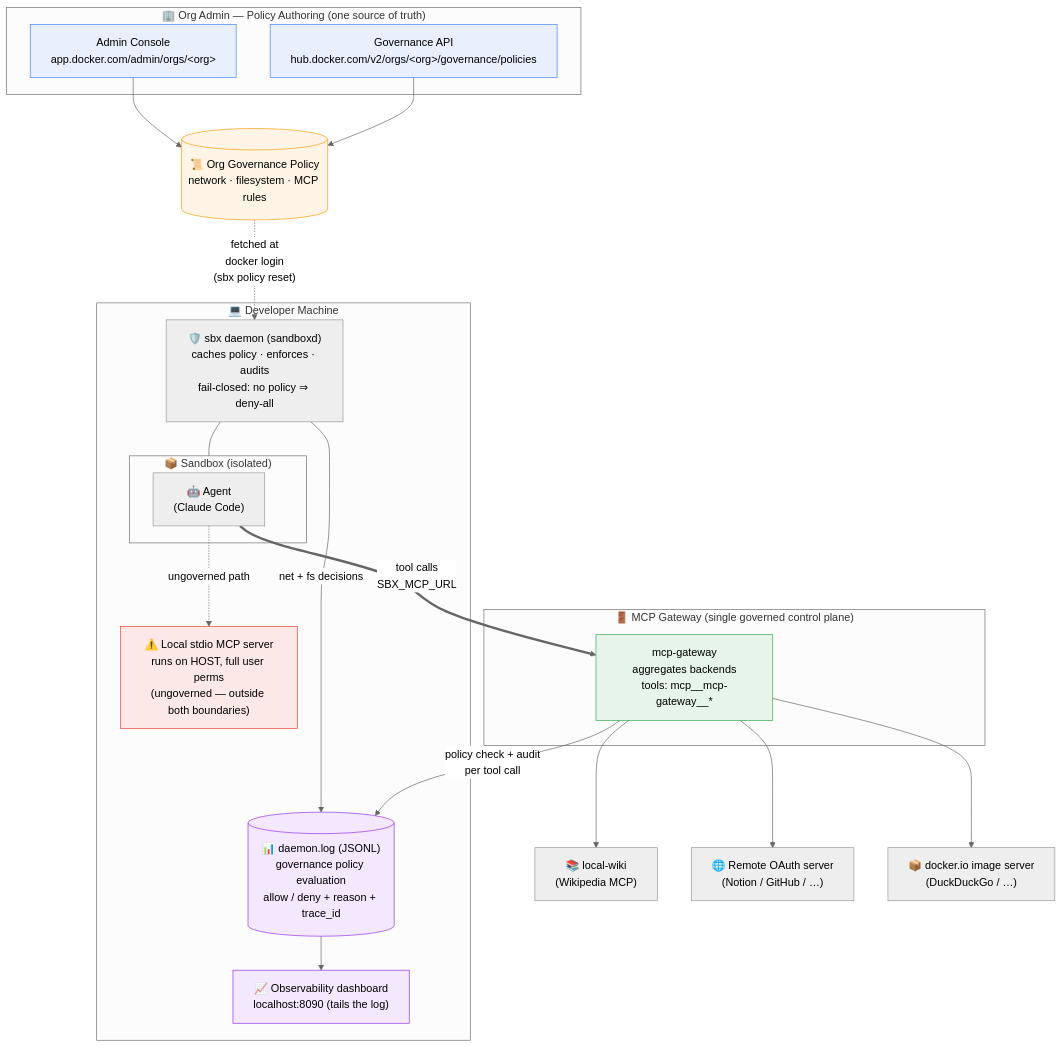
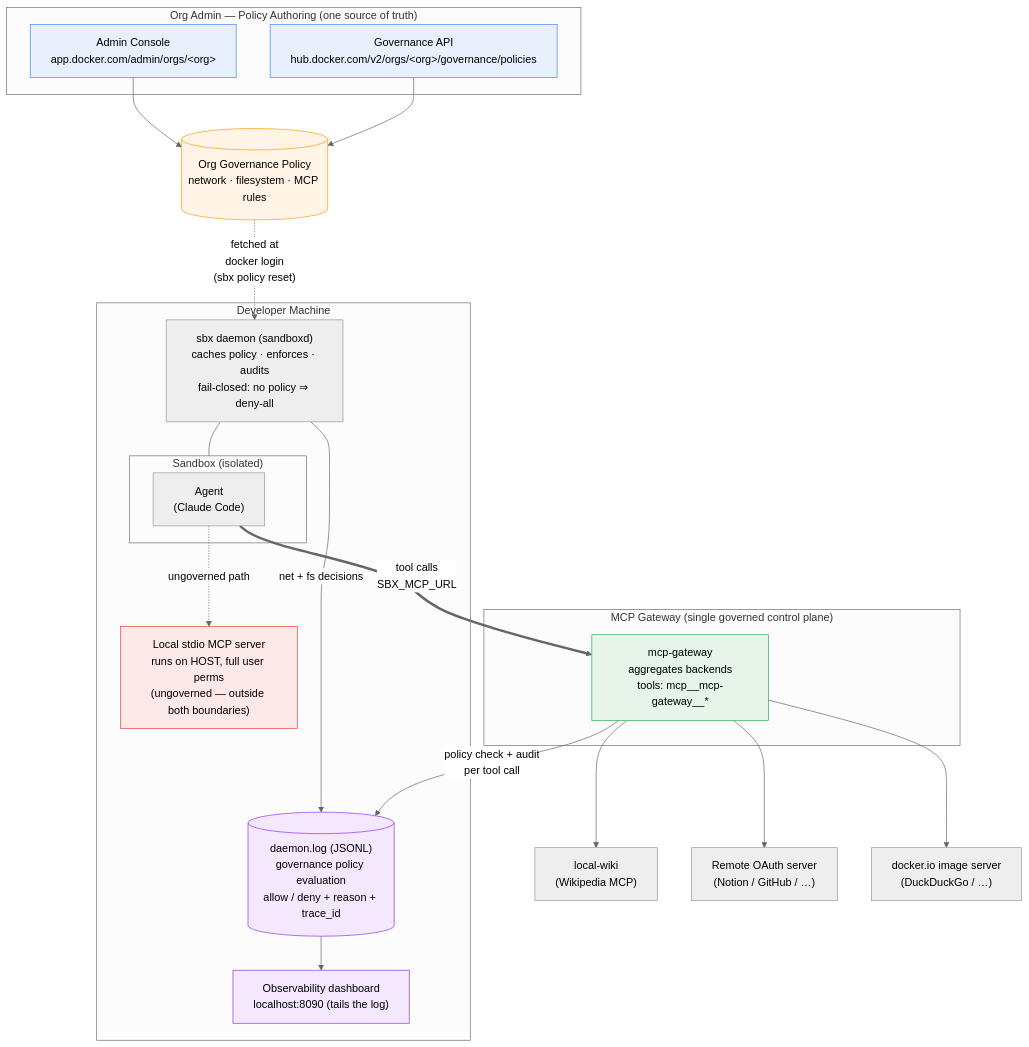
One commit to ajeetraina/labspace-ai-governance changed the second of 3 diagrams in labspace/assets/architecture.md. Above: the diagram before and after it, drawn with Mermaid (neutral theme). The commit also changed other lines of this file and 1 other file, not shown here.

First line of the commit message:
Remove emoji from architecture diagrams (rendered as tofu boxes)

````diff
--- a/labspace/assets/architecture.md
+++ b/labspace/assets/architecture.md
@@ -77,53 +77,53 @@
 ```mermaid
 flowchart TB
-    subgraph ADMIN["🏢 Org Admin — Policy Authoring (one source of truth)"]
+    subgraph ADMIN["Org Admin — Policy Authoring (one source of truth)"]
         UI["Admin Console<br/>app.docker.com/admin/orgs/&lt;org&gt;"]
         API["Governance API<br/>hub.docker.com/v2/orgs/&lt;org&gt;/governance/policies"]
     end
 
-    POLICY[("📜 Org Governance Policy<br/>network · filesystem · MCP rules")]
+    POLICY[("Org Governance Policy<br/>network · filesystem · MCP rules")]
     UI --> POLICY
     API --> POLICY
 
     POLICY -. "fetched at<br/>docker login<br/>(sbx policy reset)" .-> DAEMON
 
-    subgraph HOST["💻 Developer Machine"]
-        DAEMON["🛡️ sbx daemon (sandboxd)<br/>caches policy · enforces · audits<br/>fail-closed: no policy ⇒ deny-all"]
+    subgraph HOST["Developer Machine"]
+        DAEMON["sbx daemon (sandboxd)<br/>caches policy · enforces · audits<br/>fail-closed: no policy ⇒ deny-all"]
 
-        subgraph SBOX["📦 Sandbox (isolated)"]
-            AGENT["🤖 Agent<br/>(Claude Code)"]
+        subgraph SBOX["Sandbox (isolated)"]
+            AGENT["Agent<br/>(Claude Code)"]
         end
 
-        STDIO["⚠️ Local stdio MCP server<br/>runs on HOST, full user perms<br/>(ungoverned — outside both boundaries)"]
-        AUDITLOG[("📊 daemon.log (JSONL)<br/>governance policy evaluation<br/>allow / deny + reason + trace_id")]
-        DASH["📈 Observability dashboard<br/>localhost:8090 (tails the log)"]
+        STDIO["Local stdio MCP server<br/>runs on HOST, full user perms<br/>(ungoverned — outside both boundaries)"]
+        AUDITLOG[("daemon.log (JSONL)<br/>governance policy evaluation<br/>allow / deny + reason + trace_id")]
+        DASH["Observability dashboard<br/>localhost:8090 (tails the log)"]
     end
 
     DAEMON --- SBOX
     DAEMON -- "net + fs decisions" --> AUDITLOG
     AUDITLOG --> DASH
 
     AGENT == "tool calls<br/>SBX_MCP_URL" ==> GW
 
-    subgraph GWZONE["🚪 MCP Gateway (single governed control plane)"]
+    subgraph GWZONE["MCP Gateway (single governed control plane)"]
         GW["mcp-gateway<br/>aggregates backends<br/>tools: mcp__mcp-gateway__*"]
     end
 
     GW -- "policy check + audit<br/>per tool call" --> AUDITLOG
     AGENT -. "ungoverned path" .-> STDIO
 
-    GW --> WIKI["📚 local-wiki<br/>(Wikipedia MCP)"]
-    GW --> REMOTE["🌐 Remote OAuth server<br/>(Notion / GitHub / …)"]
-    GW --> IMG["📦 docker.io image server<br/>(DuckDuckGo / …)"]
+    GW --> WIKI["local-wiki<br/>(Wikipedia MCP)"]
+    GW --> REMOTE["Remote OAuth server<br/>(Notion / GitHub / …)"]
+    GW --> IMG["docker.io image server<br/>(DuckDuckGo / …)"]
 
     classDef admin fill:#e8f0fe,stroke:#4285f4,color:#000
     classDef policy fill:#fff4e5,stroke:#f59e0b,color:#000
     classDef gw fill:#e6f4ea,stroke:#34a853,color:#000
     classDef warn fill:#fce8e6,stroke:#ea4335,color:#000
     classDef audit fill:#f3e8fd,stroke:#9333ea,color:#000
     class UI,API admin
     class POLICY policy
     class GW gw
     class STDIO warn
     class AUDITLOG,DASH audit
 ```
````
